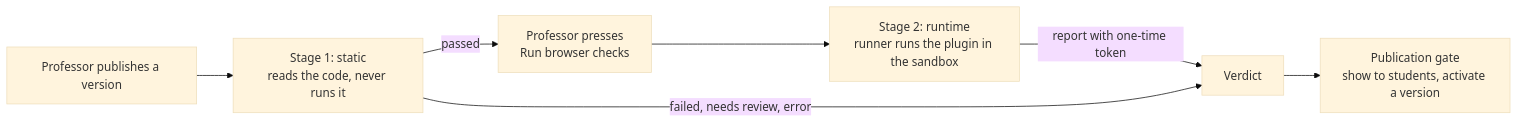
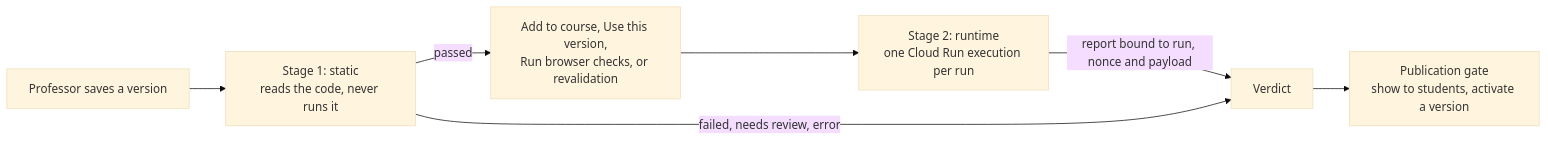
One commit to doshi-kevin/build-studio changed the diagram in docs/reference/studio-plugin-validator.md. Above: the diagram before and after it, drawn with Mermaid (base theme). The commit also changed other lines of this file and 67 other files, not shown here.

````diff
--- a/docs/reference/studio-plugin-validator.md
+++ b/docs/reference/studio-plugin-validator.md
@@ -27,9 +27,9 @@
 ```mermaid
 flowchart LR
-  P[Professor publishes a version] --> S1[Stage 1: static<br/>reads the code, never runs it]
-  S1 -->|passed| ASK[Professor presses<br/>Run browser checks]
-  ASK --> S2[Stage 2: runtime<br/>runner runs the plugin in the sandbox]
-  S2 -->|report with one-time token| V[Verdict]
+  P[Professor saves a version] --> S1[Stage 1: static<br/>reads the code, never runs it]
+  S1 -->|passed| ASK[Add to course, Use this version,<br/>Run browser checks, or revalidation]
+  ASK --> S2[Stage 2: runtime<br/>one Cloud Run execution per run]
+  S2 -->|report bound to run, nonce and payload| V[Verdict]
   S1 -->|failed, needs review, error| V
   V --> G[Publication gate<br/>show to students, activate a version]
 ```
````
